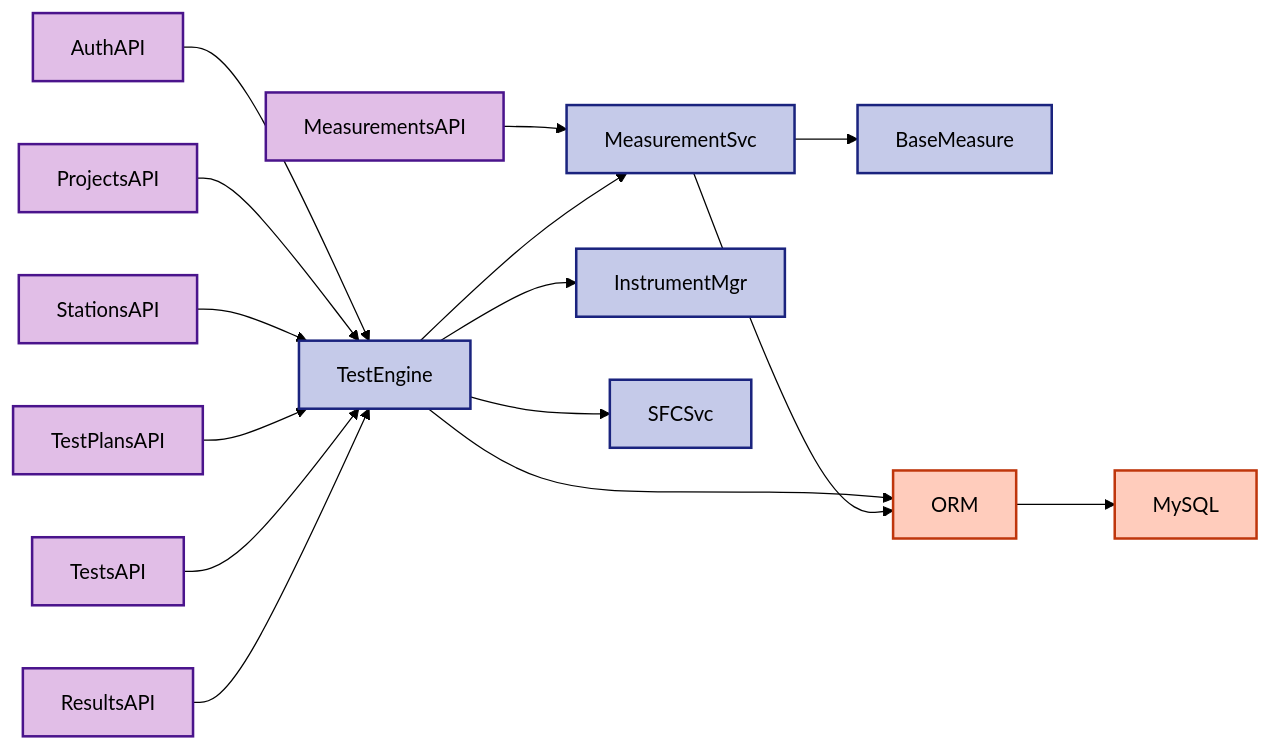
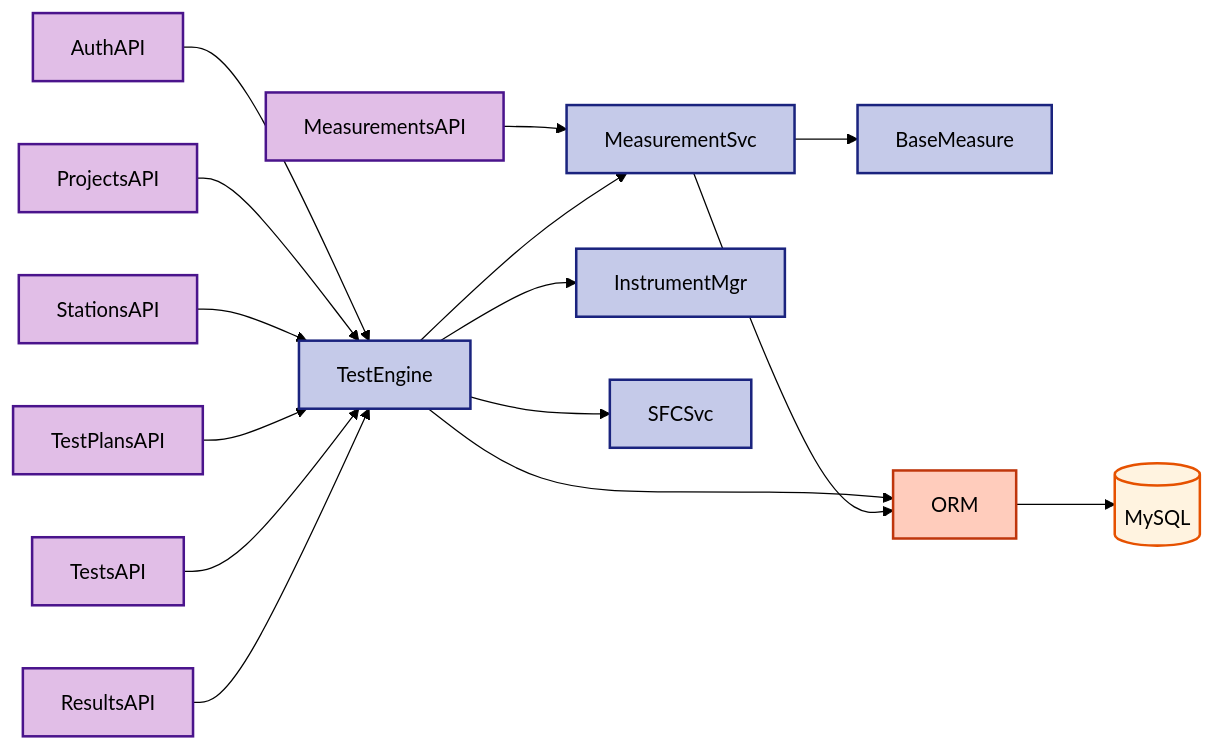
Before and after one commit to sprigga/WebPDTool: the second of 4 diagrams in README.md, drawn with Mermaid (forest theme). The commit also changed other lines of this file and 17 other files, not shown here.

````diff
--- a/README.md
+++ b/README.md
@@ -213,32 +194,36 @@
 ```mermaid
 graph LR
     %% API → Services 連線
     AuthAPI --> TestEngine
     ProjectsAPI --> TestEngine
     StationsAPI --> TestEngine
     TestPlansAPI --> TestEngine
     TestsAPI --> TestEngine
     MeasurementsAPI --> MeasurementSvc
     ResultsAPI --> TestEngine
 
     %% Services 內部連線
     TestEngine --> InstrumentMgr
     TestEngine --> MeasurementSvc
     TestEngine --> SFCSvc
     MeasurementSvc --> BaseMeasure
 
     %% Services → Models 連線
     TestEngine --> ORM
     MeasurementSvc --> ORM
 
     %% Models → Database 連線
-    ORM --> MySQL
+    ORM --> MySQL[(MySQL)]
 
+    %% 樣式定義
     classDef apiStyle fill:#e1bee7,stroke:#4a148c,stroke-width:2px
     classDef svcStyle fill:#c5cae9,stroke:#1a237e,stroke-width:2px
     classDef modelStyle fill:#ffccbc,stroke:#bf360c,stroke-width:2px
+    classDef dbStyle fill:#fff3e0,stroke:#e65100,stroke-width:2px
 
+    %% 應用樣式
     class AuthAPI,ProjectsAPI,StationsAPI,TestPlansAPI,TestsAPI,MeasurementsAPI,ResultsAPI apiStyle
     class TestEngine,InstrumentMgr,MeasurementSvc,SFCSvc,BaseMeasure svcStyle
-    class ORM,MySQL modelStyle
+    class ORM modelStyle
+    class MySQL dbStyle
 ```
````
